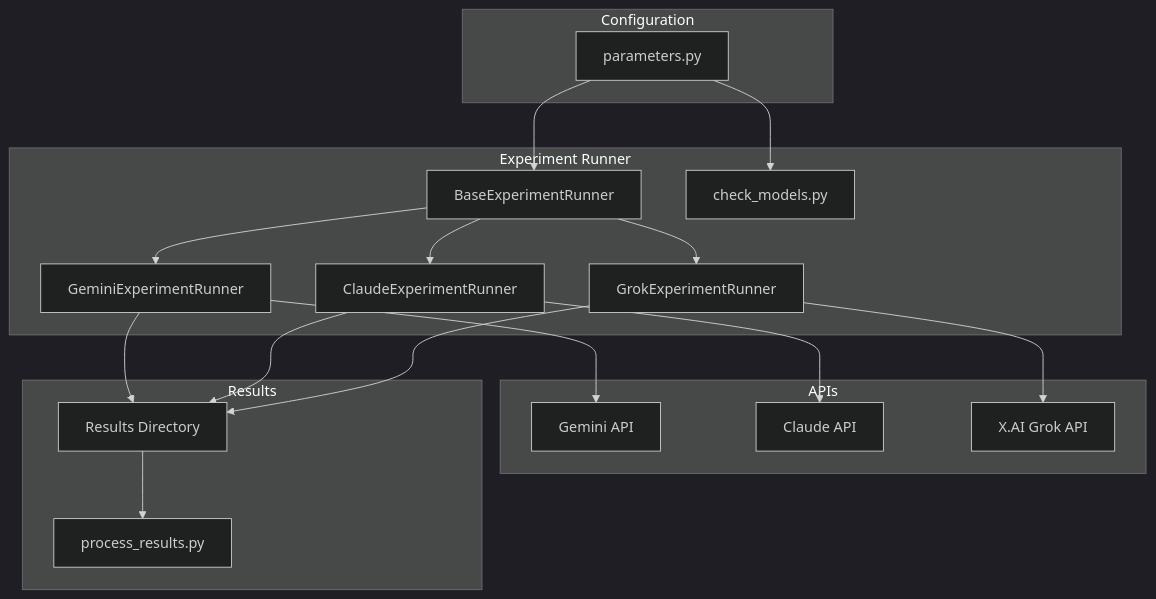
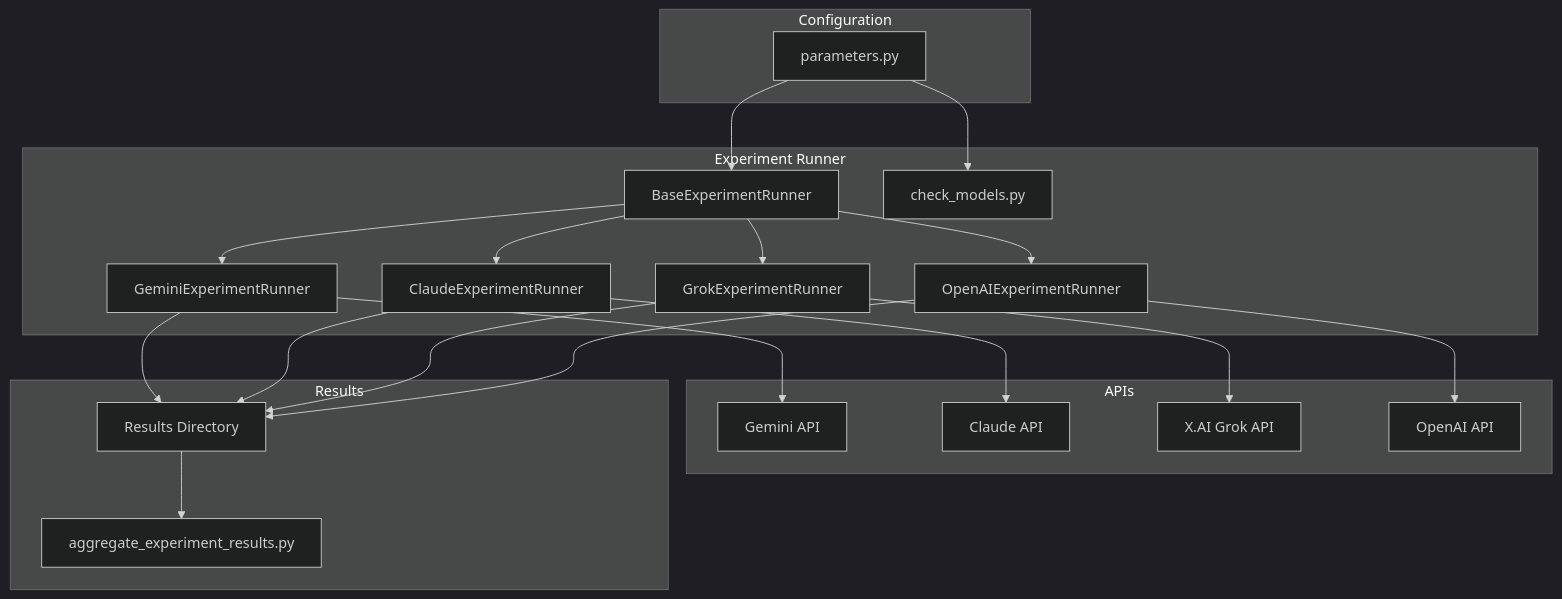
One commit to nshrhm/llm-literary-analysis changed the diagram in memory-bank/systemPatterns.md. Above: the diagram before and after it, drawn with Mermaid (dark theme). The commit also changed other lines of this file and 11 other files, not shown here.

````diff
--- a/memory-bank/systemPatterns.md
+++ b/memory-bank/systemPatterns.md
@@ -15,35 +16,39 @@
 ```mermaid
 flowchart TB
     subgraph Configuration
         parameters[parameters.py]
     end
 
     subgraph Experiment Runner
         base[BaseExperimentRunner]
         gemini[GeminiExperimentRunner]
         claude[ClaudeExperimentRunner]
         grok[GrokExperimentRunner]
+        openai[OpenAIExperimentRunner]
         check[check_models.py]
         
         parameters --> base
         base --> gemini
         base --> claude
         base --> grok
+        base --> openai
         parameters --> check
     end
 
     subgraph APIs
         gemini --> Gemini[Gemini API]
         claude --> Claude[Claude API]
         grok --> Grok[X.AI Grok API]
+        openai --> OpenAI[OpenAI API]
     end
 
     subgraph Results
         results[Results Directory]
-        analysis[process_results.py]
+        analysis[aggregate_experiment_results.py]
         gemini --> results
         claude --> results
         grok --> results
+        openai --> results
         results --> analysis
     end
 ```
````
